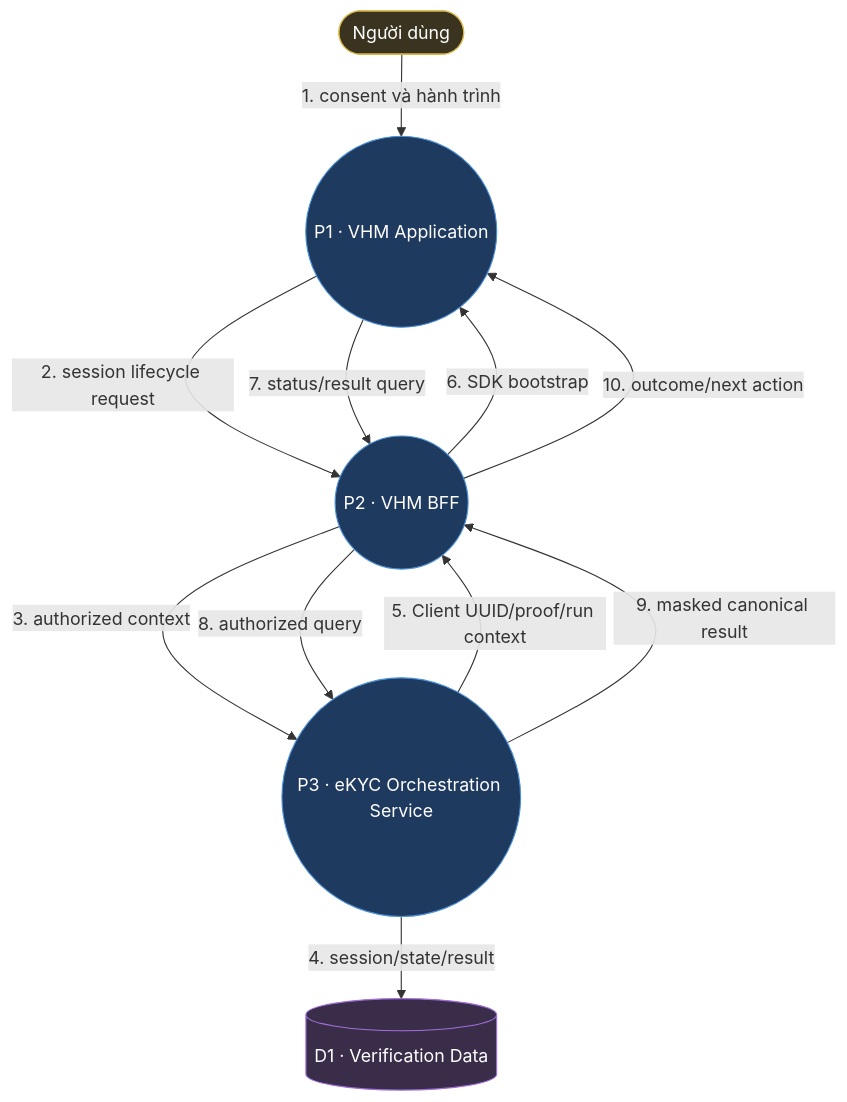
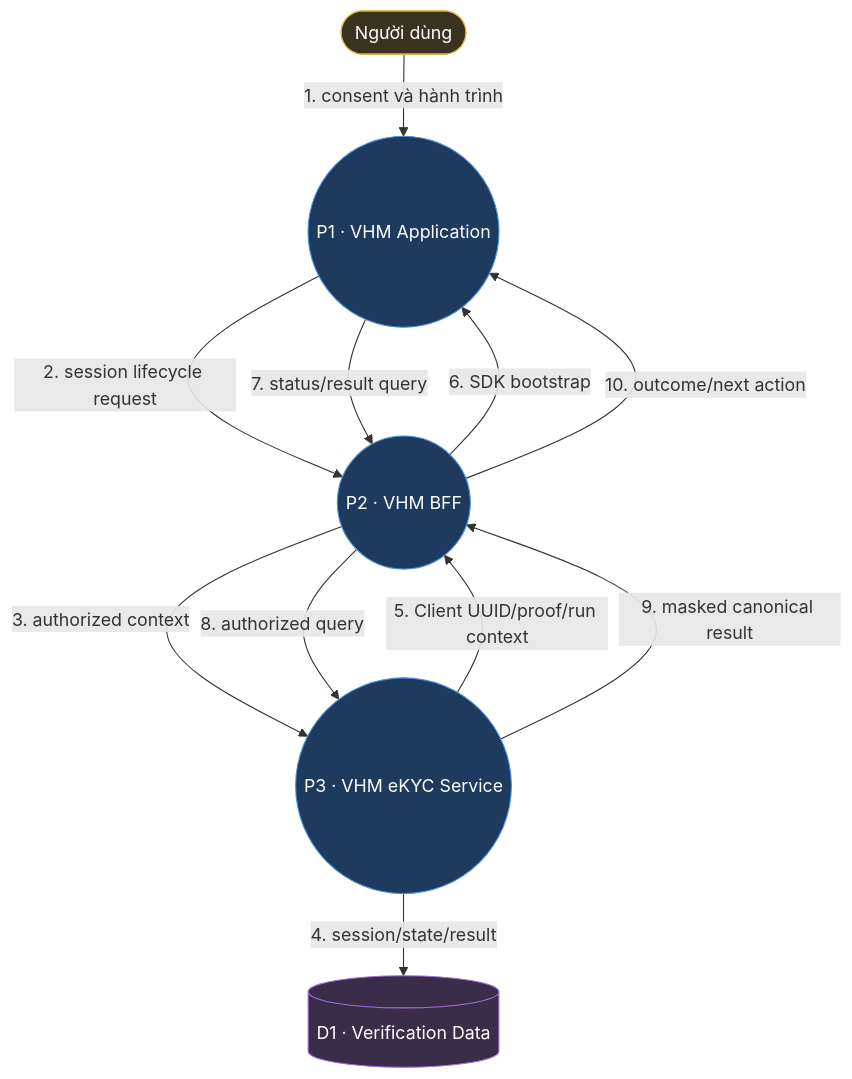
The seventh of 16 diagrams in README.md (huynv-xyz/vhm), drawn with Mermaid before and after one commit. The commit also changed other lines of this file, not shown here.

````diff
--- a/README.md
+++ b/README.md
@@ -980,23 +974,23 @@
 ```mermaid
 flowchart TB
     USER(["Người dùng"]):::entity
     APP(("P1 · VHM Application")):::process
     BFF(("P2 · VHM BFF")):::process
-    Orchestrator(("P3 · eKYC Orchestration Service")):::process
+    EKYC_SERVICE(("P3 · VHM eKYC Service")):::process
     DB[("D1 · Verification Data")]:::datastore
 
     USER -->|"1. consent và hành trình"| APP
     APP -->|"2. session lifecycle request"| BFF
-    BFF -->|"3. authorized context"| Orchestrator
-    Orchestrator -->|"4. session/state/result"| DB
-    Orchestrator -->|"5. Client UUID/proof/run context"| BFF
+    BFF -->|"3. authorized context"| EKYC_SERVICE
+    EKYC_SERVICE -->|"4. session/state/result"| DB
+    EKYC_SERVICE -->|"5. Client UUID/proof/run context"| BFF
     BFF -->|"6. SDK bootstrap"| APP
     APP -->|"7. status/result query"| BFF
-    BFF -->|"8. authorized query"| Orchestrator
-    Orchestrator -->|"9. masked canonical result"| BFF
+    BFF -->|"8. authorized query"| EKYC_SERVICE
+    EKYC_SERVICE -->|"9. masked canonical result"| BFF
     BFF -->|"10. outcome/next action"| APP
 
     classDef entity fill:#3a3320,stroke:#d9b84a,color:#fff;
     classDef process fill:#1f3a5f,stroke:#4a90d9,color:#fff;
     classDef datastore fill:#3a2d4a,stroke:#a06fd9,color:#fff;
 ```
````
